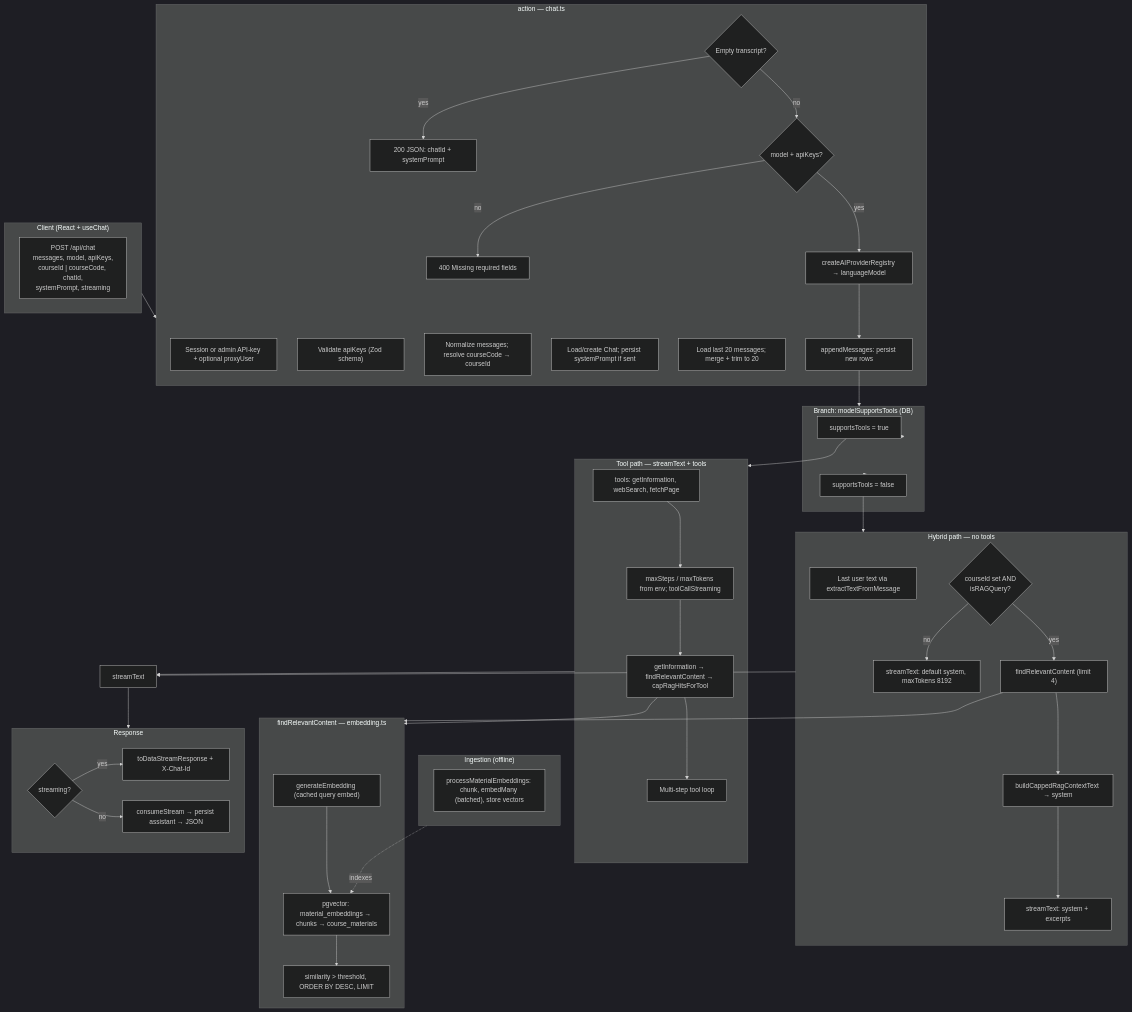
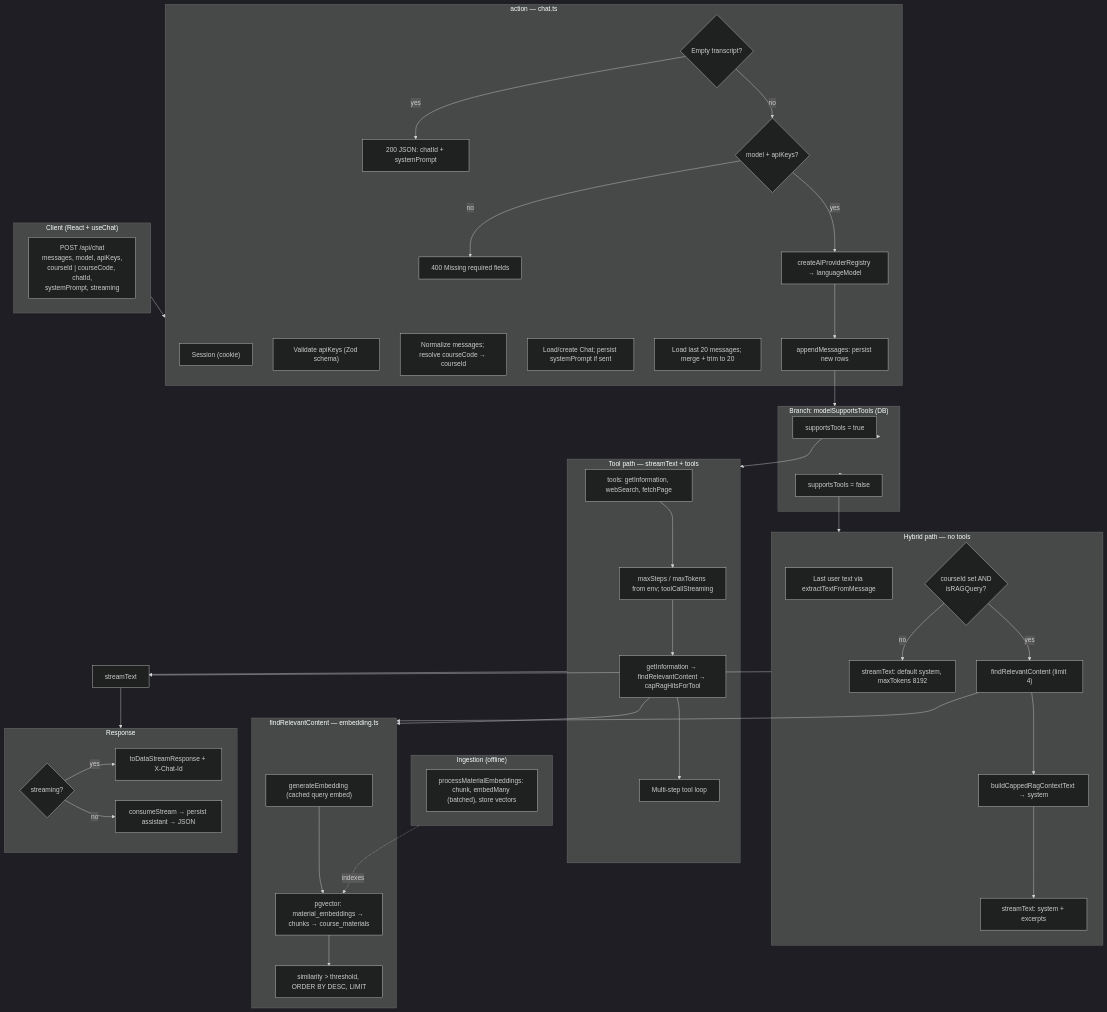
One commit to EduAI-Lab/EduAI changed the diagram in docs/rag-ai/CHAT_RAG_PIPELINE.md. Above: the diagram before and after it, drawn with Mermaid (dark theme). The commit also changed other lines of this file and 4 other files, not shown here.

````diff
--- a/docs/rag-ai/CHAT_RAG_PIPELINE.md
+++ b/docs/rag-ai/CHAT_RAG_PIPELINE.md
@@ -11,71 +11,71 @@
 ```mermaid
 flowchart TB
   subgraph client["Client (React + useChat)"]
     C1["POST /api/chat<br/>messages, model, apiKeys,<br/>courseId | courseCode, chatId,<br/>systemPrompt, streaming"]
   end
 
   subgraph entry["action — chat.ts"]
-    A1["Session or admin API-key + optional proxyUser"]
+    A1["Session (cookie)"]
     A2["Validate apiKeys (Zod schema)"]
     A3["Normalize messages; resolve courseCode → courseId"]
     A4["Load/create Chat; persist systemPrompt if sent"]
     A5["Load last 20 messages; merge + trim to 20"]
     A6{"Empty transcript?"}
     A6 -->|yes| A7["200 JSON: chatId + systemPrompt"]
     A6 -->|no| A8{"model + apiKeys?"}
     A8 -->|no| A9["400 Missing required fields"]
     A8 -->|yes| A10["createAIProviderRegistry → languageModel"]
     A11["appendMessages: persist new rows"]
   end
 
   subgraph branch["Branch: modelSupportsTools (DB)"]
     B1["supportsTools = true"]
     B2["supportsTools = false"]
   end
 
   subgraph hybrid["Hybrid path — no tools"]
     H1["Last user text via extractTextFromMessage"]
     H2{"courseId set AND<br/>isRAGQuery?"}
     H2 -->|no| H3["streamText: default system, maxTokens 8192"]
     H2 -->|yes| H4["findRelevantContent (limit 4)"]
     H5["buildCappedRagContextText → system"]
     H6["streamText: system + excerpts"]
     H4 --> H5 --> H6
   end
 
   subgraph toolpath["Tool path — streamText + tools"]
     P1["tools: getInformation, webSearch, fetchPage"]
     P2["maxSteps / maxTokens from env; toolCallStreaming"]
     P3["getInformation → findRelevantContent → capRagHitsForTool"]
     P4["Multi-step tool loop"]
     P1 --> P2 --> P3 --> P4
   end
 
   subgraph ragcore["findRelevantContent — embedding.ts"]
     R1["generateEmbedding (cached query embed)"]
     R2["pgvector: material_embeddings → chunks → course_materials"]
     R3["similarity > threshold, ORDER BY DESC, LIMIT"]
     R1 --> R2 --> R3
   end
 
   subgraph ingest["Ingestion (offline)"]
     I1["processMaterialEmbeddings: chunk, embedMany (batched), store vectors"]
   end
 
   subgraph out["Response"]
     O1{"streaming?"}
     O1 -->|yes| O2["toDataStreamResponse + X-Chat-Id"]
     O1 -->|no| O3["consumeStream → persist assistant → JSON"]
   end
 
   client --> entry
   A10 --> A11 --> branch
   branch --> B1 --> toolpath
   branch --> B2 --> hybrid
   H4 --> ragcore
   P3 --> ragcore
   ingest -.->|"indexes"| R2
   hybrid --> ST["streamText"]
   toolpath --> ST
   ST --> out
 ```
````
